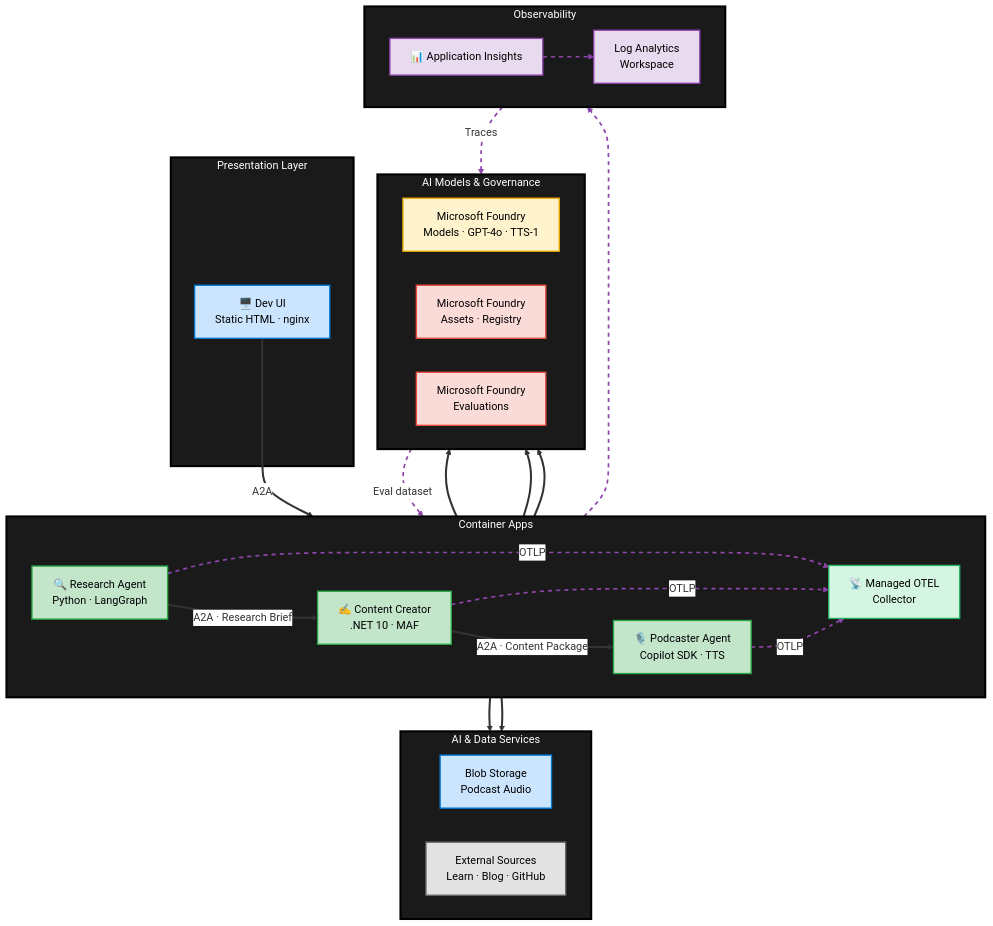
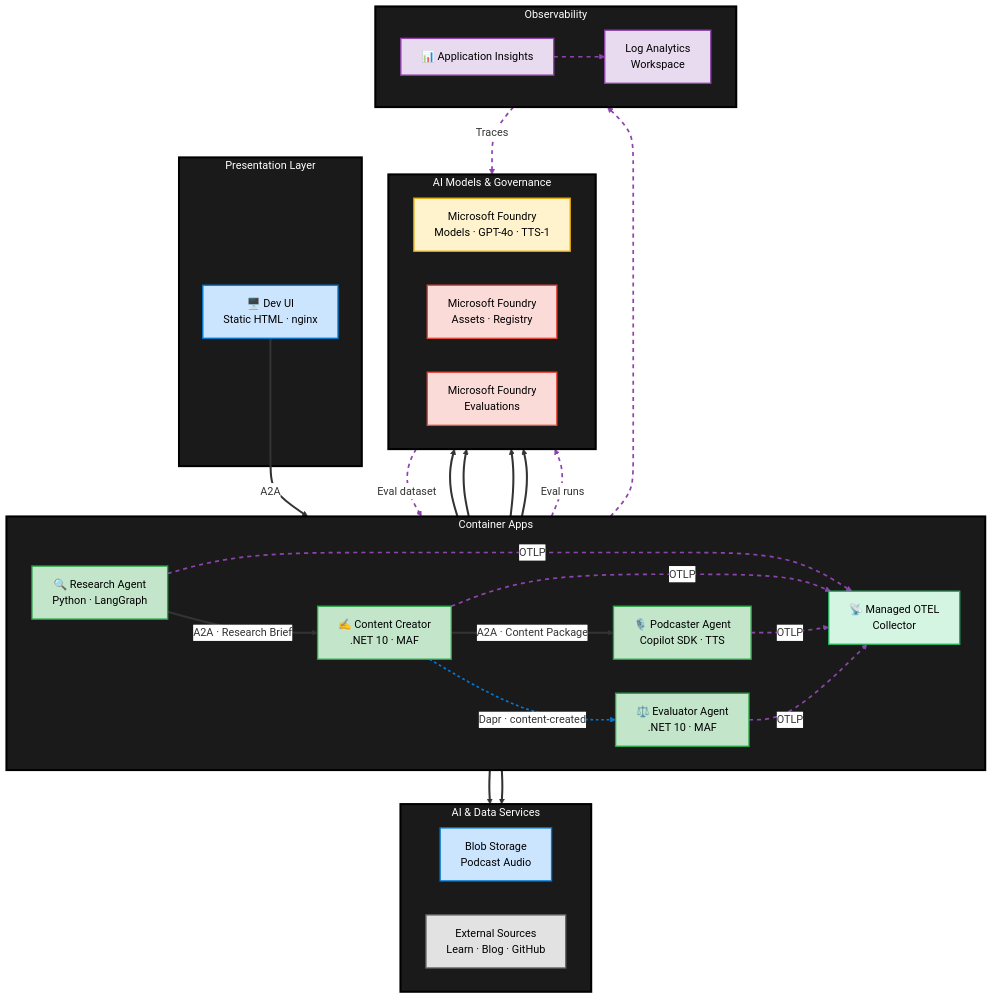
The diagram in Lab/docs/architecture.md (sparraguerra/globalazure-2026), drawn with Mermaid before and after one commit. The commit also changed 6 other files, not shown here.

First line of the commit message:
Add Evaluator Agent (.NET 10) with Dapr pubsub integration

````diff
--- a/Lab/docs/architecture.md
+++ b/Lab/docs/architecture.md
@@ -23,6 +23,7 @@
         A1["🔍 Research Agent<br/>Python · LangGraph"]
         A2["✍️ Content Creator<br/>.NET 10 · MAF"]
         A3["🎙️ Podcaster Agent<br/>Copilot SDK · TTS"]
+        A4["⚖️ Evaluator Agent<br/>.NET 10 · MAF"]
         OTEL["📡 Managed OTEL<br/>Collector"]
     end
 
@@ -57,14 +58,18 @@
     A2 ==> AOAI
     A3 ==> AOAI
     A3 ==> Blob
+    A2 -- "Dapr · content-created" --> A4
+    A4 ==> AOAI
 
     A1 -. "OTLP" .-> OTEL
     A2 -. "OTLP" .-> OTEL
     A3 -. "OTLP" .-> OTEL
+    A4 -. "OTLP" .-> OTEL
     OTEL ==> AppIns
     AppIns ==> Logs
     AppIns -. "Traces" .-> FoundryAssets
     FoundryEvals -. "Eval dataset" .-> A2
+    A4 -. "Eval runs" .-> FoundryEvals
 
     %% Subgraph frames: black fill, white text
     style Presentation fill:#1a1a1a,stroke:#000,stroke-width:3px,color:#fff
@@ -78,6 +83,7 @@
     style A1 fill:#c3e6cb,stroke:#28a745,stroke-width:2px,color:#000
     style A2 fill:#c3e6cb,stroke:#28a745,stroke-width:2px,color:#000
     style A3 fill:#c3e6cb,stroke:#28a745,stroke-width:2px,color:#000
+    style A4 fill:#c3e6cb,stroke:#28a745,stroke-width:2px,color:#000
     style AOAI fill:#fff3cd,stroke:#e6a800,stroke-width:2px,color:#000
     style FoundryAssets fill:#fadbd8,stroke:#e74c3c,stroke-width:2px,color:#000
     style FoundryEvals fill:#fadbd8,stroke:#e74c3c,stroke-width:2px,color:#000
@@ -87,6 +93,7 @@
     style AppIns fill:#e8daef,stroke:#8e44ad,stroke-width:2px,color:#000
     style Logs fill:#e8daef,stroke:#8e44ad,stroke-width:2px,color:#000
 
-    linkStyle 0,1,2,3,4,5,6,7 stroke:#333,stroke-width:3px
-    linkStyle 8,9,10,11,12,13,14 stroke:#8e44ad,stroke-width:2.5px,stroke-dasharray:6
+    linkStyle 0,1,2,3,4,5,6,7,9 stroke:#333,stroke-width:3px
+    linkStyle 8 stroke:#0078d4,stroke-width:2.5px,stroke-dasharray:4
+    linkStyle 10,11,12,13,14,15,16,17,18 stroke:#8e44ad,stroke-width:2.5px,stroke-dasharray:6
 ```
````
